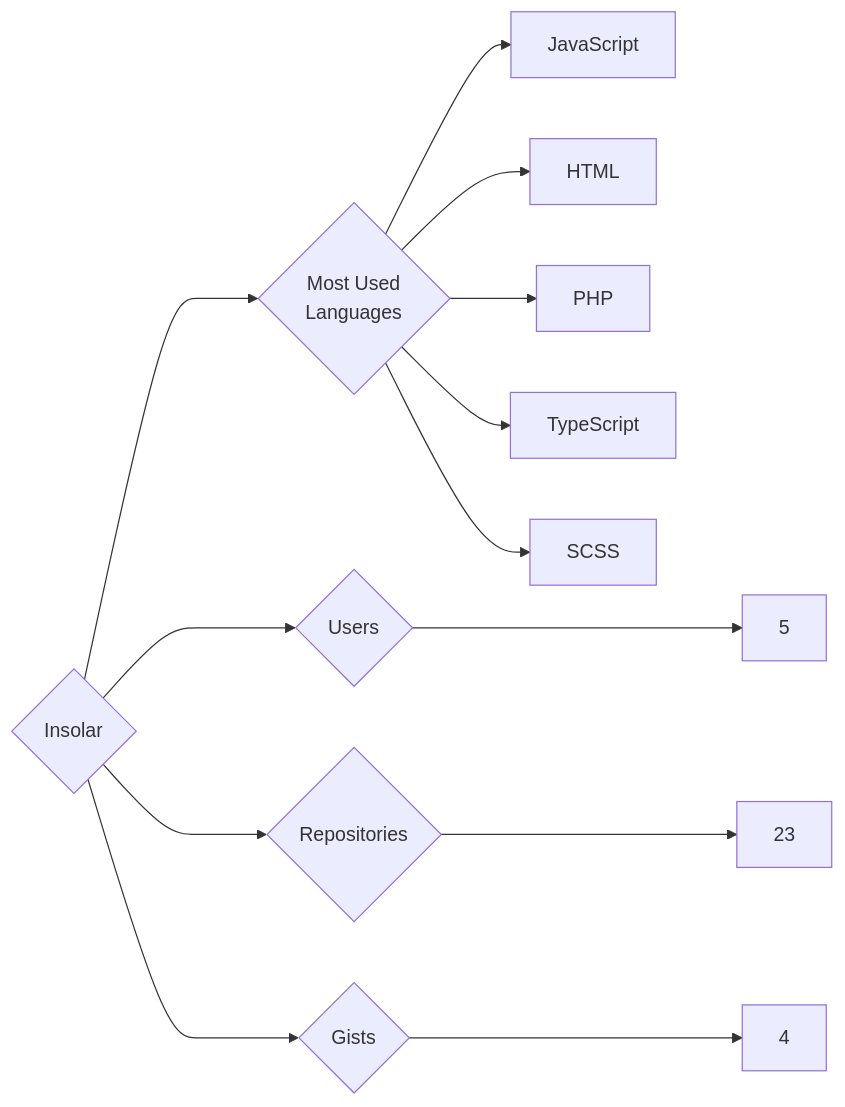
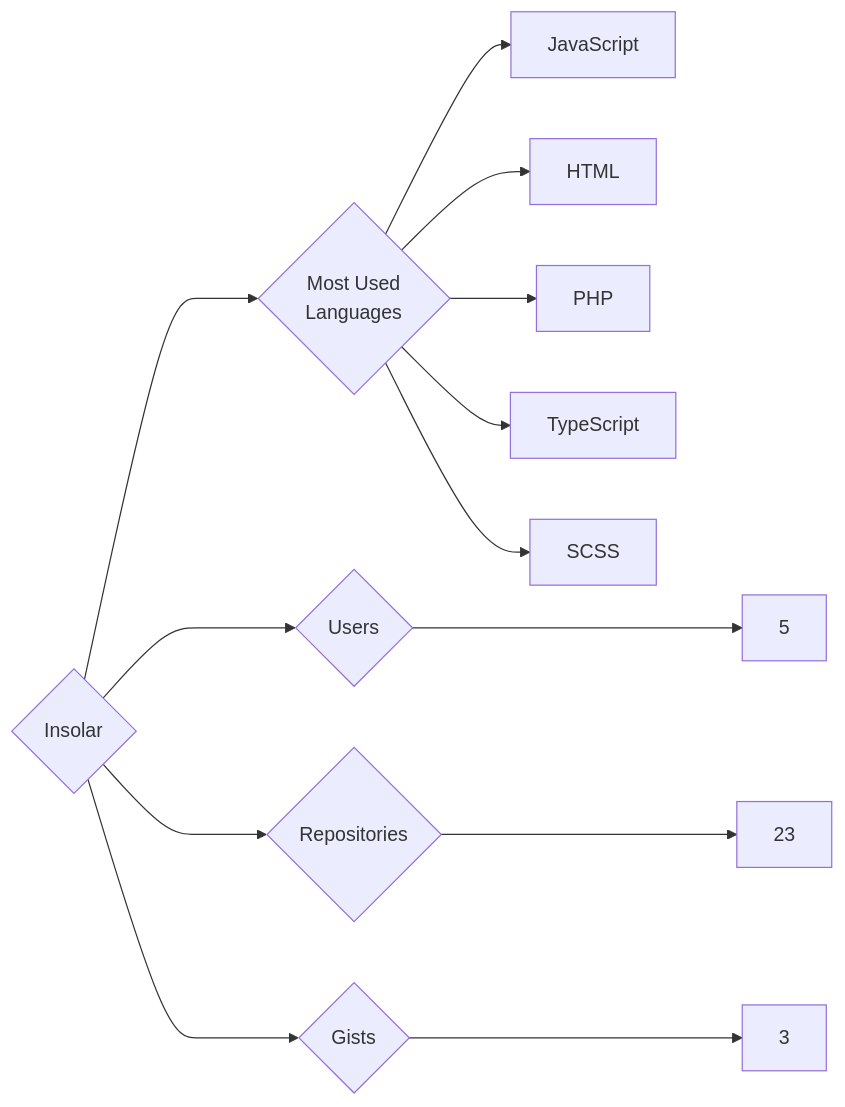
Before and after one commit to trickest/insiders: the diagram in targets/Insolar/README.md, drawn with Mermaid. The commit also changed 1030 other files, not shown here.

````diff
--- a/targets/Insolar/README.md
+++ b/targets/Insolar/README.md
@@ -3,13 +3,13 @@
 ```mermaid
 graph LR
 COMPANY_NAME{Insolar}
 COMPANY_NAME ---> U{Users} ---> UN[5]
 COMPANY_NAME ---> R{Repositories} ---> RN[23]
-COMPANY_NAME ---> G{Gists} ---> GN[4]
+COMPANY_NAME ---> G{Gists} ---> GN[3]
 COMPANY_NAME ---> ML{Most Used<br>Languages}
 ML --> JavaScript[JavaScript]
 ML --> HTML[HTML]
 ML --> PHP[PHP]
 ML --> TypeScript[TypeScript]
 ML --> SCSS[SCSS]
 ```
````
